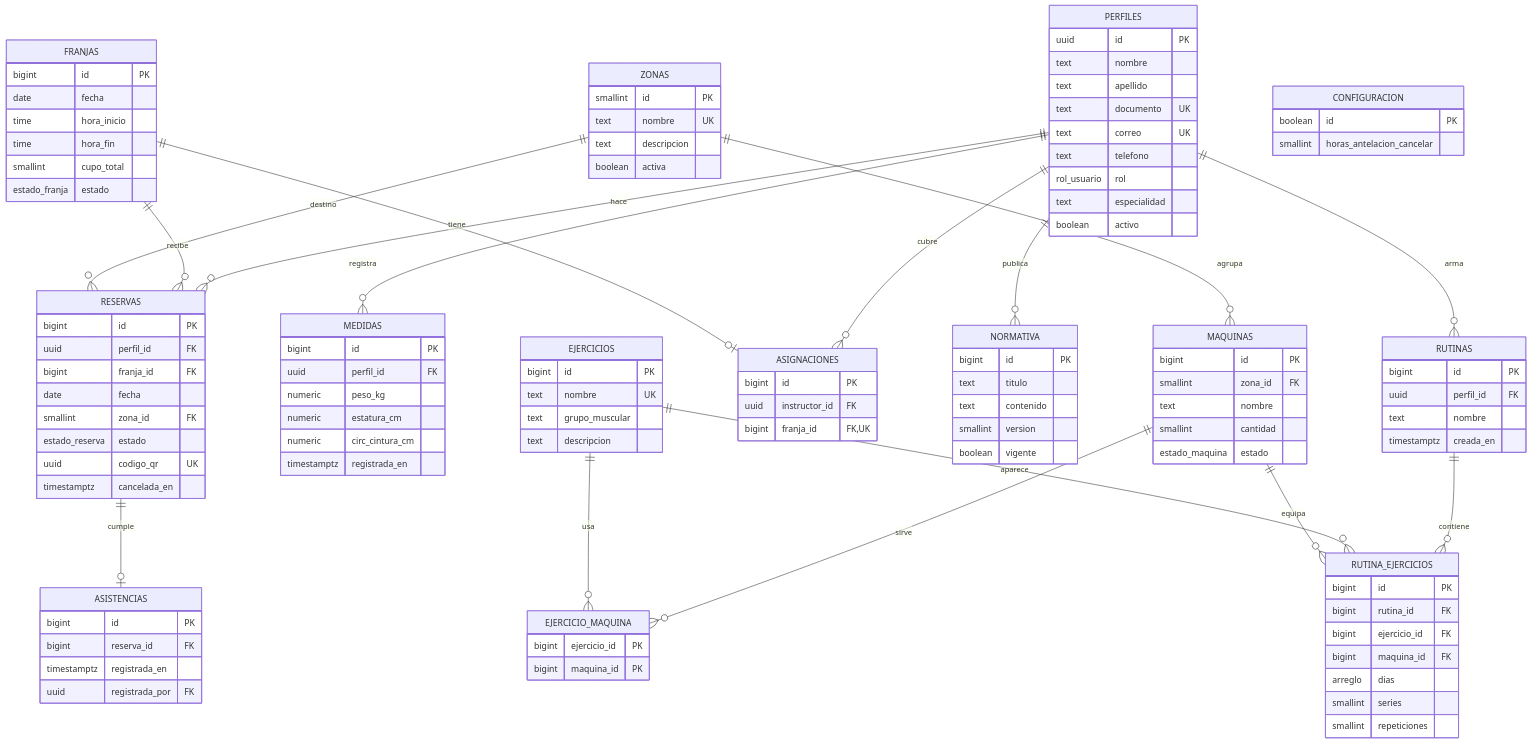
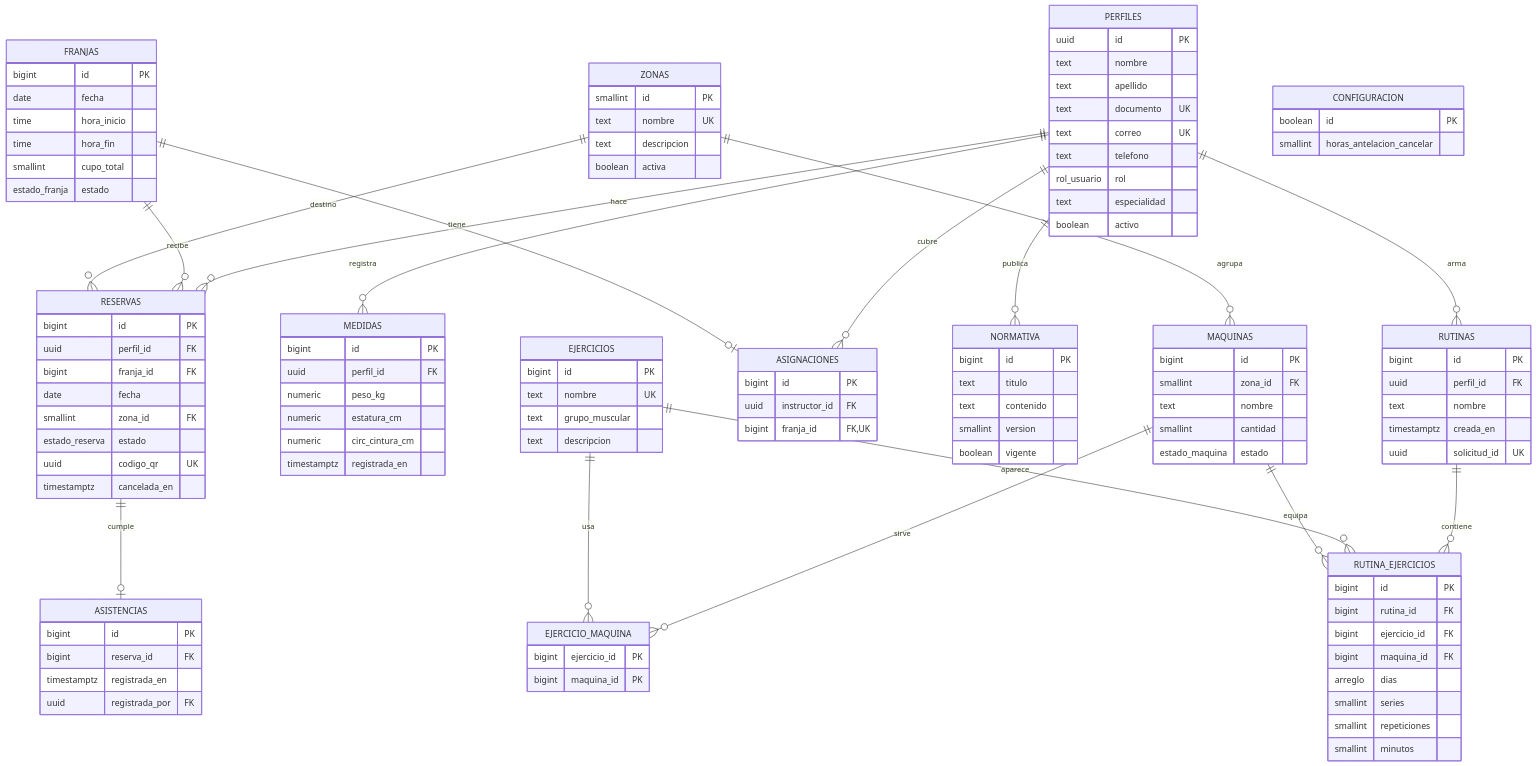
One commit to davidmat17/UFIT changed the diagram in docs/modelo-de-datos.md. Above: the diagram before and after it, drawn with Mermaid. The commit also changed other lines of this file and 12 other files, not shown here.

```diff
--- a/docs/modelo-de-datos.md
+++ b/docs/modelo-de-datos.md
@@ -112,6 +112,7 @@
         uuid perfil_id FK
         text nombre
         timestamptz creada_en
+        uuid solicitud_id UK
     }
     RUTINA_EJERCICIOS {
         bigint id PK
@@ -121,6 +122,7 @@
         arreglo dias
         smallint series
         smallint repeticiones
+        smallint minutos
     }
     MEDIDAS {
         bigint id PK
```
